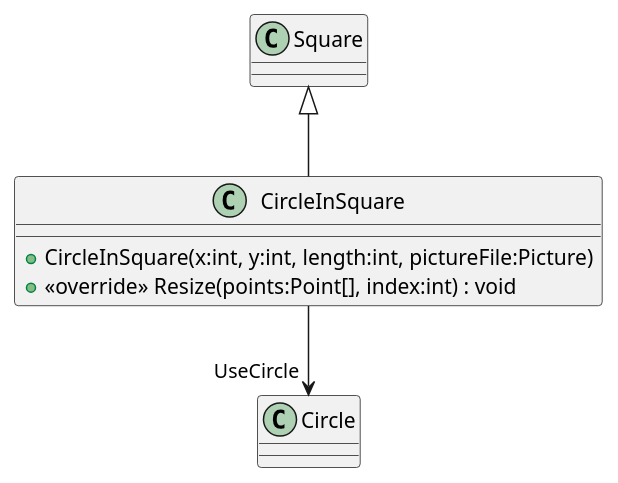
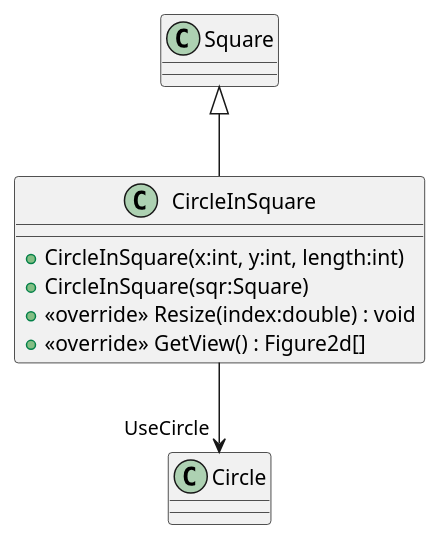
Before and after one commit to 19vano97/levelUpOOP: the diagram in plantuml/20240701_HW_Inheritence/CircleInSquare.puml, drawn with PlantUML. The commit also changed 35 other files, not shown here.

```diff
--- a/plantuml/20240701_HW_Inheritence/CircleInSquare.puml
+++ b/plantuml/20240701_HW_Inheritence/CircleInSquare.puml
@@ -1,8 +1,10 @@
 @startuml
 class CircleInSquare {
-    + CircleInSquare(x:int, y:int, length:int, pictureFile:Picture)
-    + <<override>> Resize(points:Point[], index:int) : void
+    + CircleInSquare(x:int, y:int, length:int)
+    + CircleInSquare(sqr:Square)
+    + <<override>> Resize(index:double) : void
+    + <<override>> GetView() : Figure2d[]
 }
 Square <|-- CircleInSquare
 CircleInSquare --> "UseCircle" Circle
 @enduml
```
